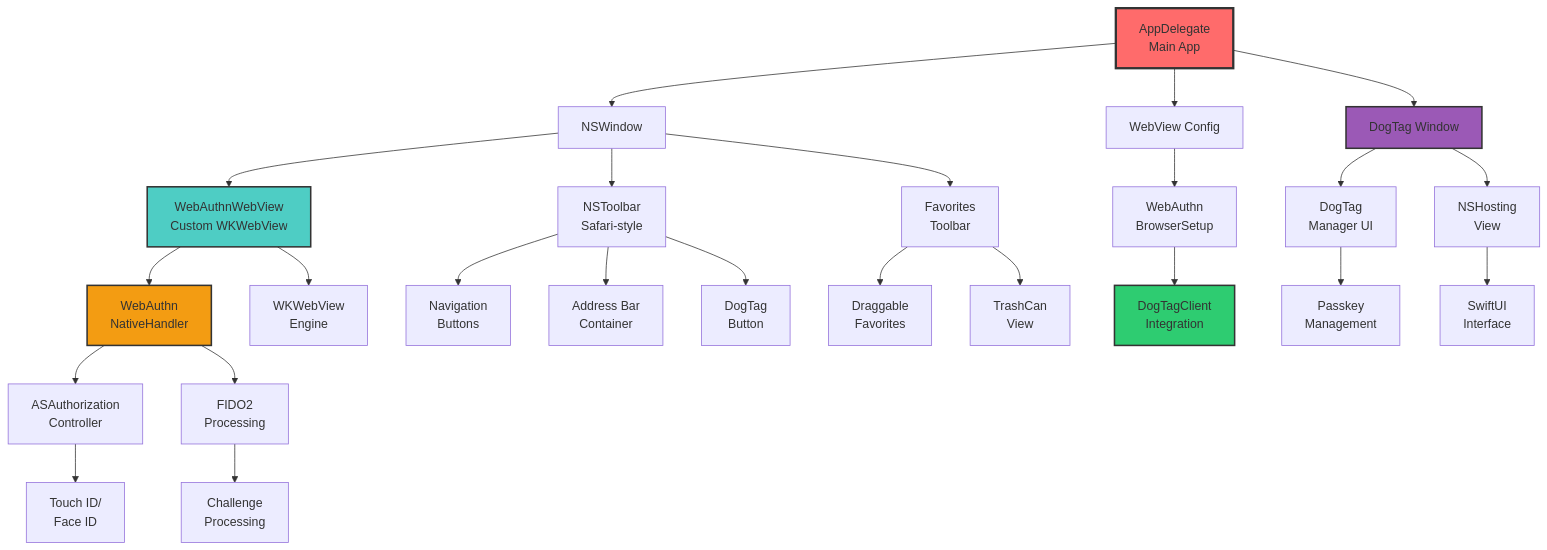
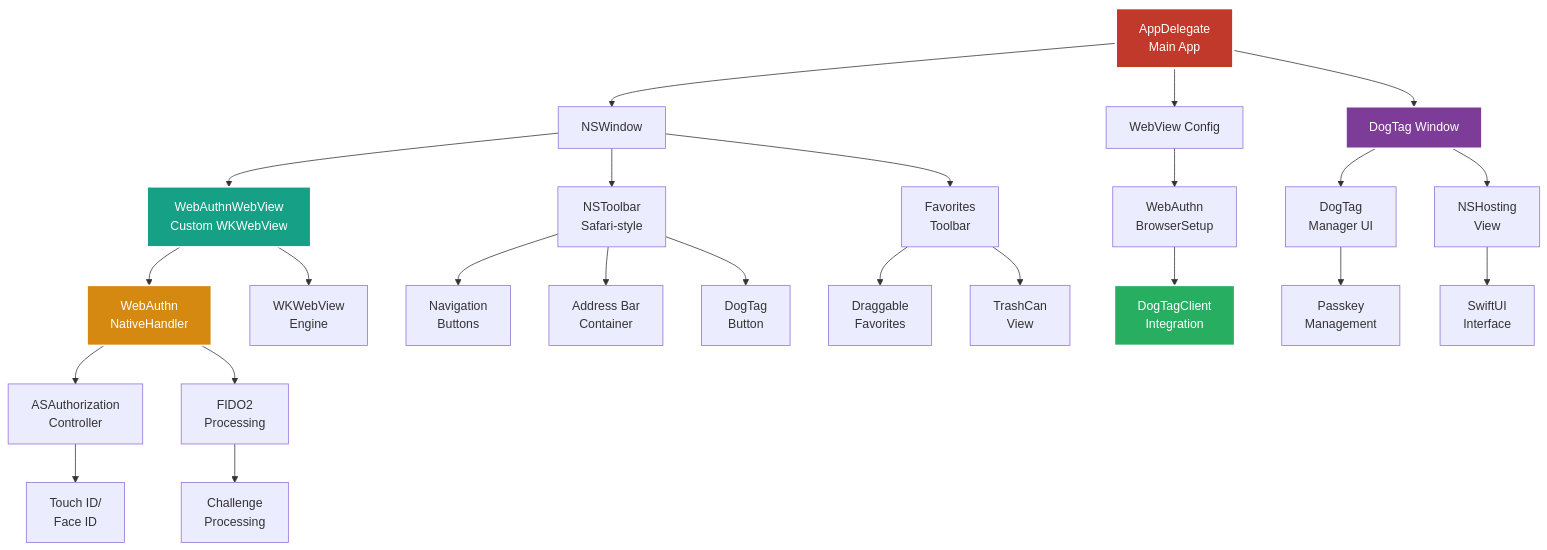
The third of 7 diagrams in README.md (webauthnai/Web-Man), drawn with Mermaid before and after one commit. The commit also changed other lines of this file and 1 other file, not shown here.

````diff
--- a/README.md
+++ b/README.md
@@ -185,40 +185,40 @@
 ```mermaid
 graph TD
     A[AppDelegate<br/>Main App] --> B[NSWindow]
     A --> C[WebView Config]
     A --> D[DogTag Window]
     
     B --> E[WebAuthnWebView<br/>Custom WKWebView]
     B --> F[NSToolbar<br/>Safari-style]
     B --> G[Favorites<br/>Toolbar]
     
     E --> H[WebAuthn<br/>NativeHandler]
     E --> I[WKWebView<br/>Engine]
     
     F --> J[Navigation<br/>Buttons]
     F --> K[Address Bar<br/>Container]
     F --> L[DogTag<br/>Button]
     
     G --> M[Draggable<br/>Favorites]
     G --> N[TrashCan<br/>View]
     
     H --> O[ASAuthorization<br/>Controller]
     H --> P[FIDO2<br/>Processing]
     
     C --> Q[WebAuthn<br/>BrowserSetup]
     Q --> R[DogTagClient<br/>Integration]
     
     D --> S[DogTag<br/>Manager UI]
     D --> T[NSHosting<br/>View]
     
     O --> U[Touch ID/<br/>Face ID]
     P --> V[Challenge<br/>Processing]
     S --> W[Passkey<br/>Management]
     T --> X[SwiftUI<br/>Interface]
     
-    style A fill:#ff6b6b,stroke:#333,stroke-width:3px
-    style E fill:#4ecdc4,stroke:#333,stroke-width:2px
-    style H fill:#f39c12,stroke:#333,stroke-width:2px
-    style D fill:#9b59b6,stroke:#333,stroke-width:2px
-    style R fill:#2ecc71,stroke:#333,stroke-width:2px
+    style A fill:#c0392b,stroke:#fff,stroke-width:3px,color:#fff
+    style E fill:#16a085,stroke:#fff,stroke-width:2px,color:#fff
+    style H fill:#d68910,stroke:#fff,stroke-width:2px,color:#fff
+    style D fill:#7d3c98,stroke:#fff,stroke-width:2px,color:#fff
+    style R fill:#27ae60,stroke:#fff,stroke-width:2px,color:#fff
 ```
````
